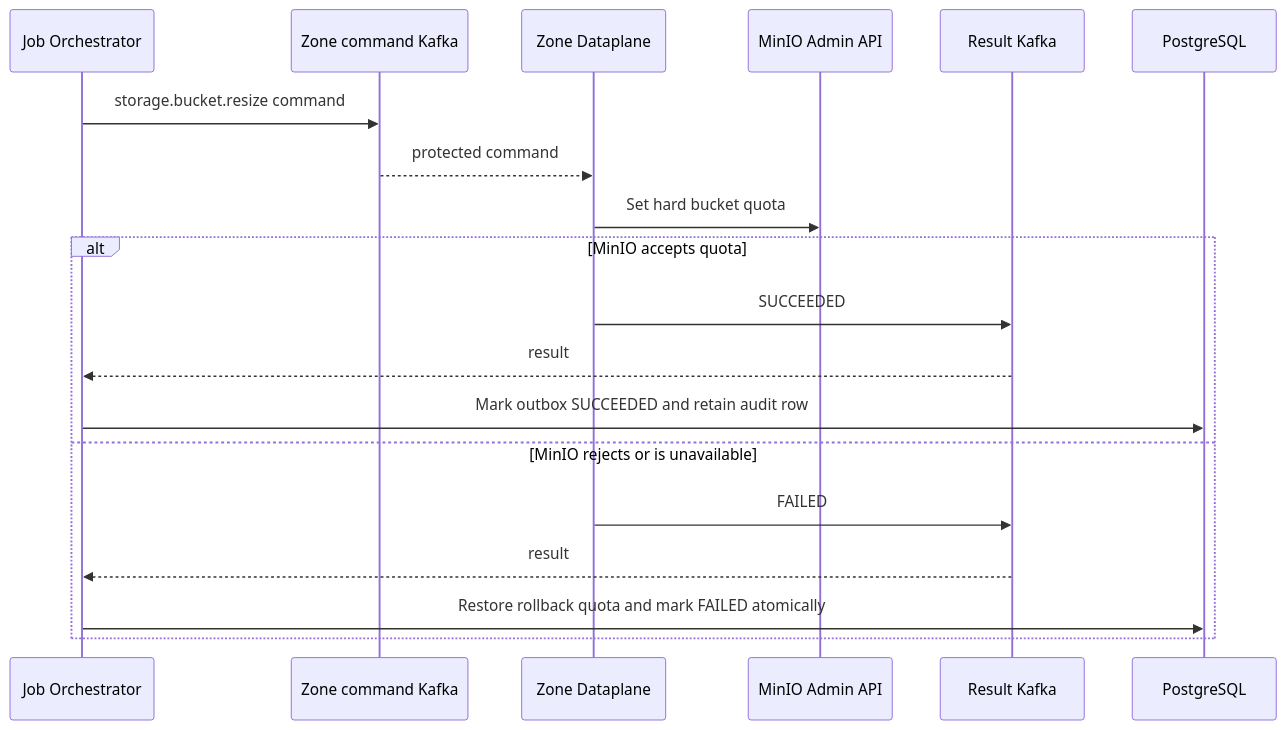
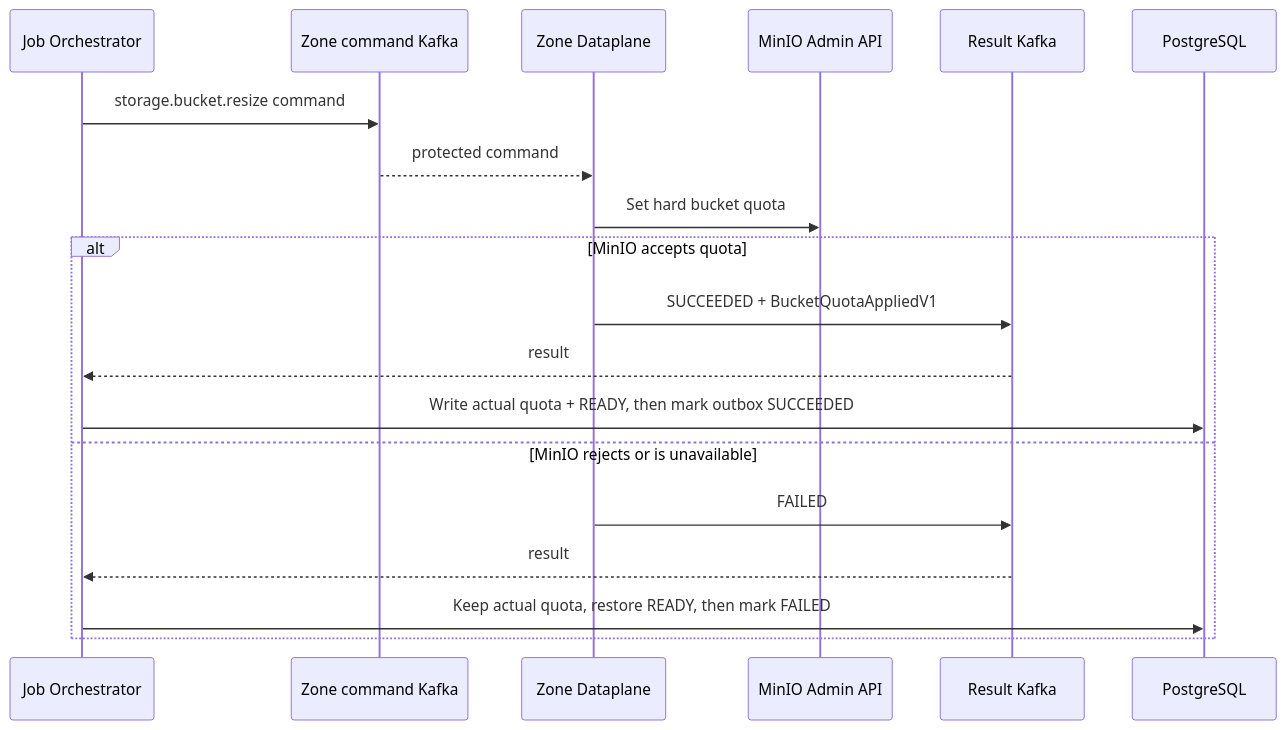
Before and after one commit to phucle996/aurora: the third of 4 diagrams in god_view/storage/personal_bucket_quota_update_god_view_workflow.md, drawn with Mermaid. The commit also changed other lines of this file and 195 other files, not shown here.

````diff
--- a/god_view/storage/personal_bucket_quota_update_god_view_workflow.md
+++ b/god_view/storage/personal_bucket_quota_update_god_view_workflow.md
@@ -136,22 +139,22 @@
 ```mermaid
 sequenceDiagram
     participant JO as Job Orchestrator
     participant KC as Zone command Kafka
     participant DP as Zone Dataplane
     participant M as MinIO Admin API
     participant KR as Result Kafka
     participant PG as PostgreSQL
 
     JO->>KC: storage.bucket.resize command
     KC-->>DP: protected command
     DP->>M: Set hard bucket quota
     alt MinIO accepts quota
-        DP->>KR: SUCCEEDED
+        DP->>KR: SUCCEEDED + BucketQuotaAppliedV1
         KR-->>JO: result
-        JO->>PG: Mark outbox SUCCEEDED and retain audit row
+        JO->>PG: Write actual quota + READY, then mark outbox SUCCEEDED
     else MinIO rejects or is unavailable
         DP->>KR: FAILED
         KR-->>JO: result
-        JO->>PG: Restore rollback quota and mark FAILED atomically
+        JO->>PG: Keep actual quota, restore READY, then mark FAILED
     end
 ```
````
